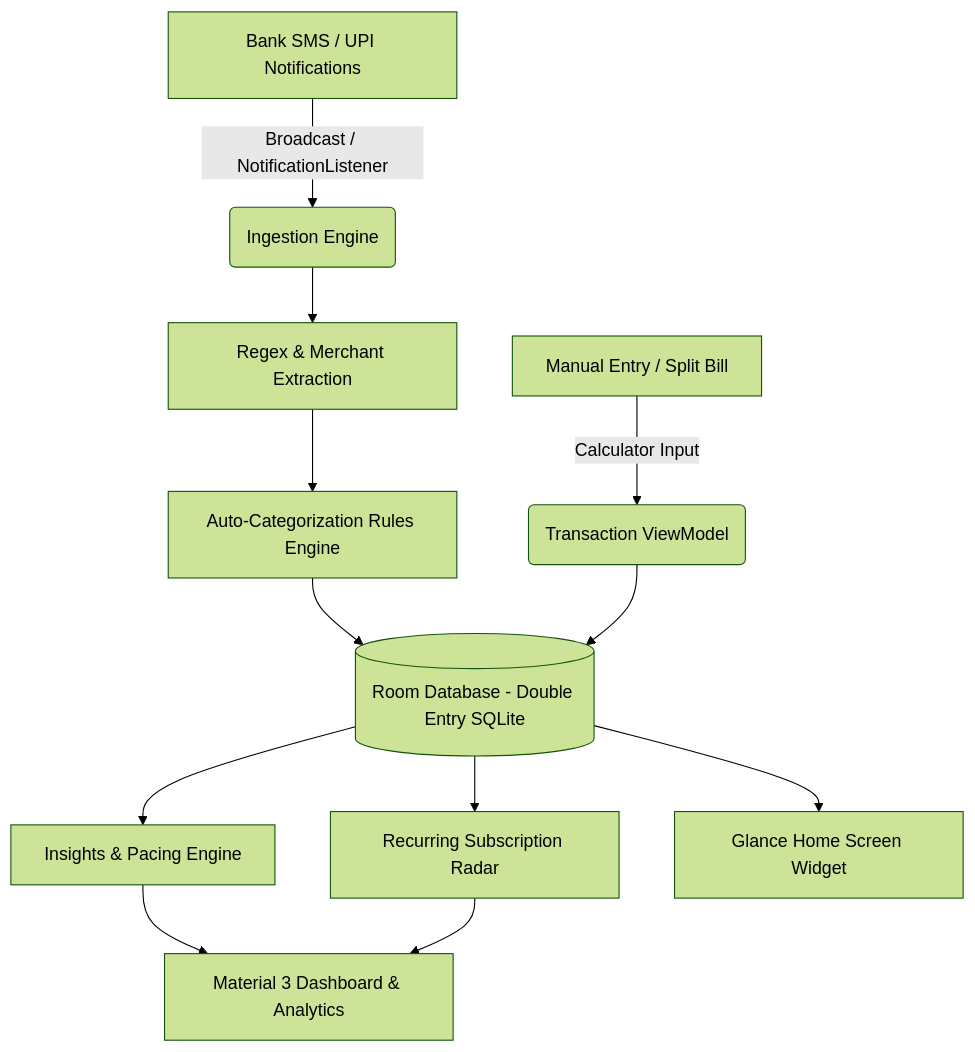
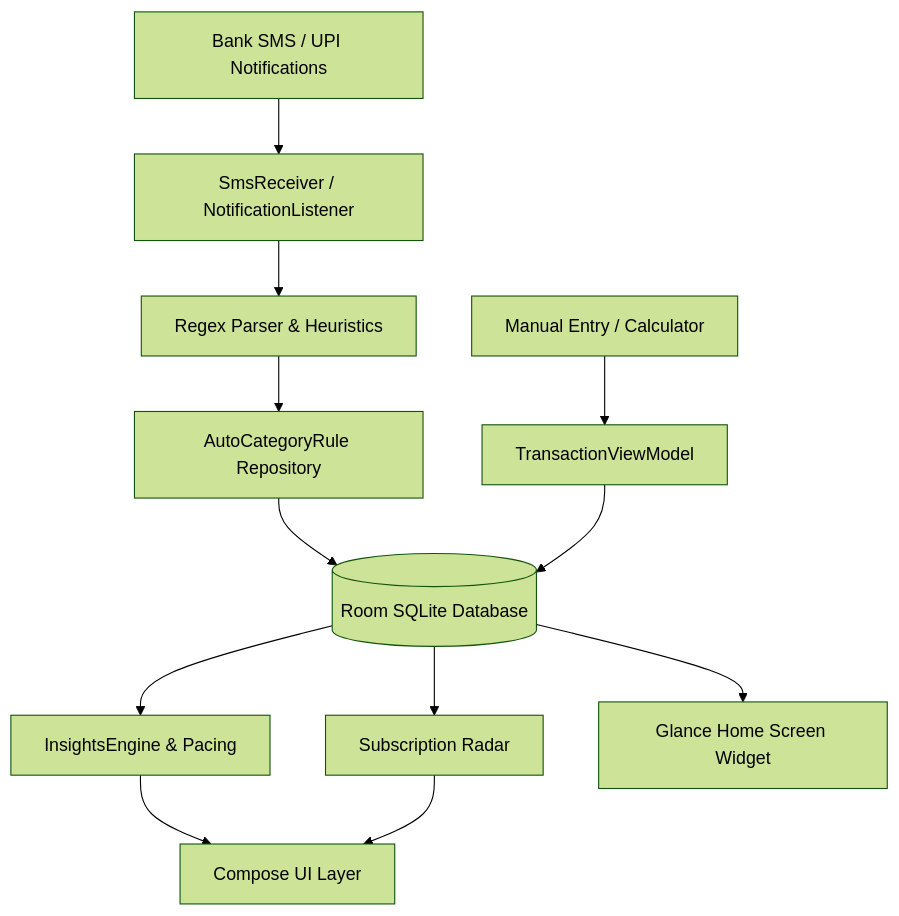
The diagram in README.md (amansaxna/expenditureApp), drawn with Mermaid (forest theme) before and after one commit. The commit also changed other lines of this file and 7 other files, not shown here.

````diff
--- a/README.md
+++ b/README.md
@@ -12,14 +22,14 @@
 ```mermaid
 graph TD
-    A[Bank SMS / UPI Notifications] -->|Broadcast / NotificationListener| B(Ingestion Engine)
-    C[Manual Entry / Split Bill] -->|Calculator Input| D(Transaction ViewModel)
-    B --> E[Regex & Merchant Extraction]
-    E --> F[Auto-Categorization Rules Engine]
-    F --> G[(Room Database - Double Entry SQLite)]
+    A[Bank SMS / UPI Notifications] --> B[SmsReceiver / NotificationListener]
+    C[Manual Entry / Calculator] --> D[TransactionViewModel]
+    B --> E[Regex Parser & Heuristics]
+    E --> F[AutoCategoryRule Repository]
+    F --> G[(Room SQLite Database)]
     D --> G
-    G --> H[Insights & Pacing Engine]
-    G --> I[Recurring Subscription Radar]
-    H --> J[Material 3 Dashboard & Analytics]
+    G --> H[InsightsEngine & Pacing]
+    G --> I[Subscription Radar]
+    H --> J[Compose UI Layer]
     I --> J
     G --> K[Glance Home Screen Widget]
 ```
````
